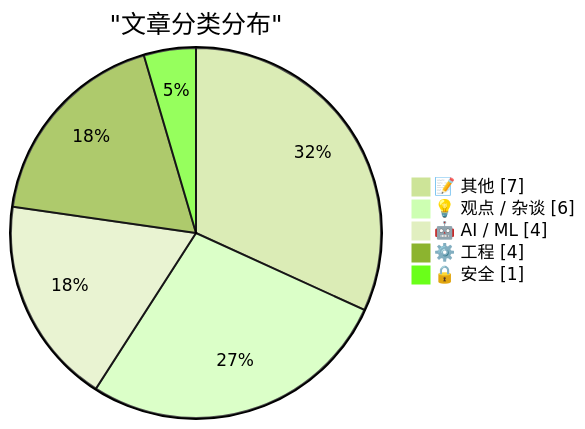
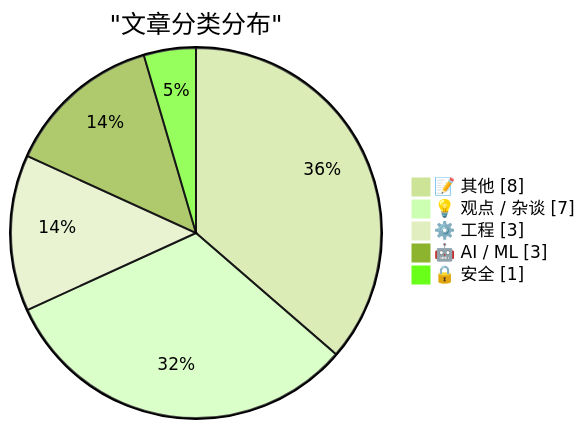
Before and after one commit to hustlyt/ai-daily-digest: the first of 2 diagrams in src/content/digest/2026-02-26.md, drawn with Mermaid (forest theme). The commit also changed other lines of this file, not shown here.

````diff
--- a/src/content/digest/2026-02-26.md
+++ b/src/content/digest/2026-02-26.md
@@ -60,9 +60,9 @@
 ```mermaid
 pie showData
     title "文章分类分布"
-    "📝 其他" : 7
-    "💡 观点 / 杂谈" : 6
-    "🤖 AI / ML" : 4
-    "⚙️ 工程" : 4
+    "📝 其他" : 8
+    "💡 观点 / 杂谈" : 7
+    "⚙️ 工程" : 3
+    "🤖 AI / ML" : 3
     "🔒 安全" : 1
 ```
````
